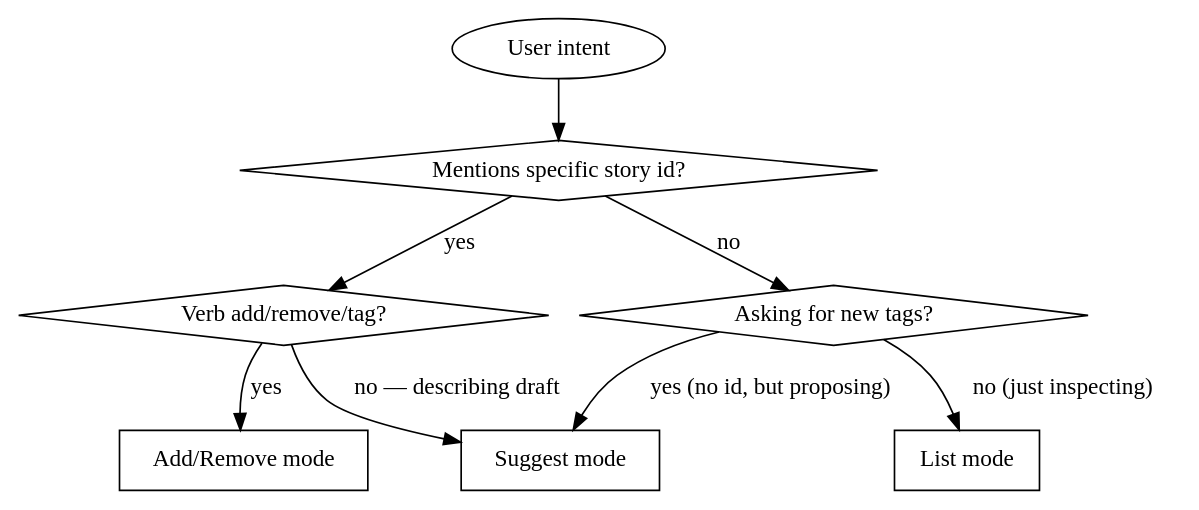
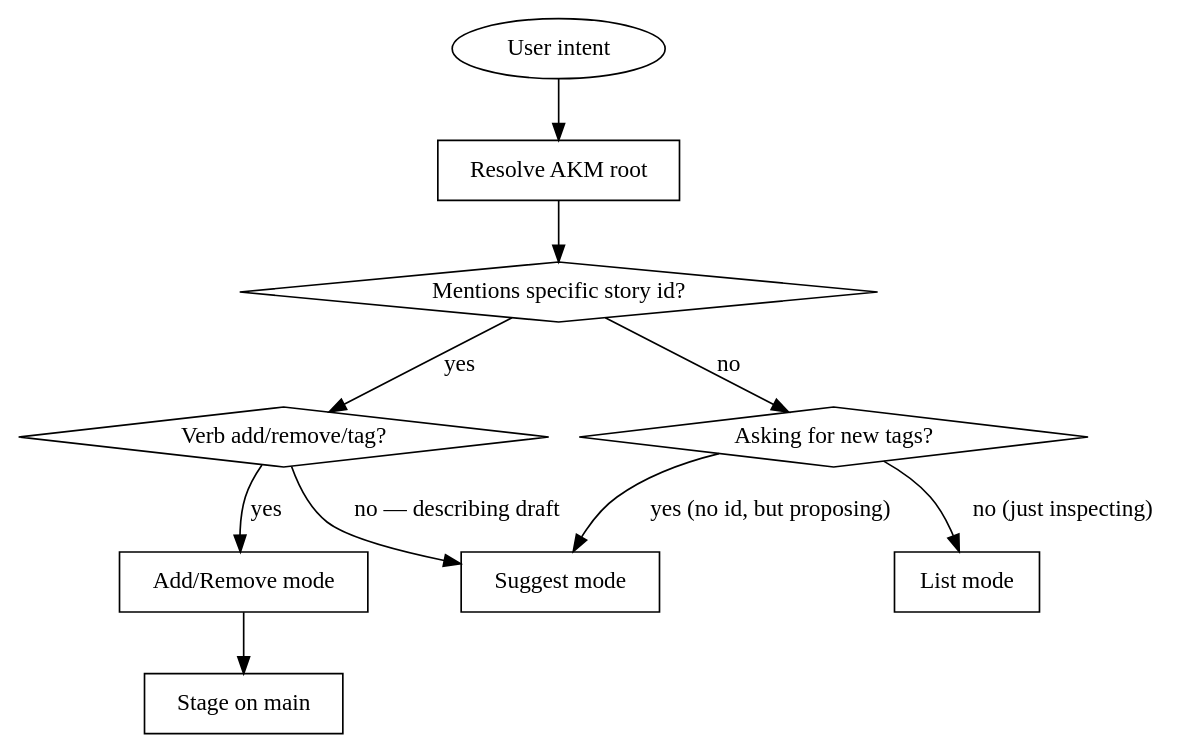
Before and after one commit to b3tchi/dotfiles: the diagram in claude/marketplace/plugins/infinifu/skills/tag-manage/SKILL.md, drawn with Graphviz. The commit also changed other lines of this file and 53 other files, not shown here.

````diff
--- a/claude/marketplace/plugins/infinifu/skills/tag-manage/SKILL.md
+++ b/claude/marketplace/plugins/infinifu/skills/tag-manage/SKILL.md
@@ -45,19 +80,23 @@
 ```dot
 digraph mode_select {
     "User intent" [shape=oval];
+    "Resolve AKM root" [shape=box];
     "Mentions specific story id?" [shape=diamond];
     "Verb add/remove/tag?" [shape=diamond];
     "Asking for new tags?" [shape=diamond];
     "List mode" [shape=box];
     "Add/Remove mode" [shape=box];
+    "Stage on main" [shape=box];
     "Suggest mode" [shape=box];
 
-    "User intent" -> "Mentions specific story id?";
+    "User intent" -> "Resolve AKM root";
+    "Resolve AKM root" -> "Mentions specific story id?";
     "Mentions specific story id?" -> "Verb add/remove/tag?" [label="yes"];
     "Mentions specific story id?" -> "Asking for new tags?" [label="no"];
     "Verb add/remove/tag?" -> "Add/Remove mode" [label="yes"];
     "Verb add/remove/tag?" -> "Suggest mode" [label="no — describing draft"];
     "Asking for new tags?" -> "Suggest mode" [label="yes (no id, but proposing)"];
     "Asking for new tags?" -> "List mode" [label="no (just inspecting)"];
+    "Add/Remove mode" -> "Stage on main";
 }
 ```
````
